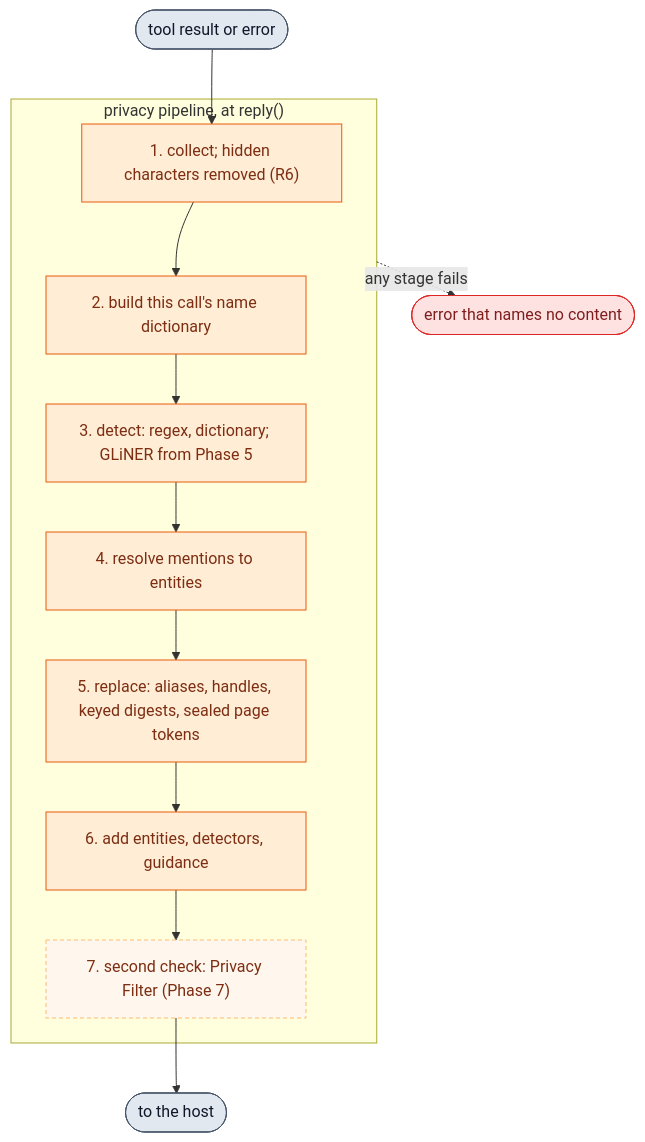
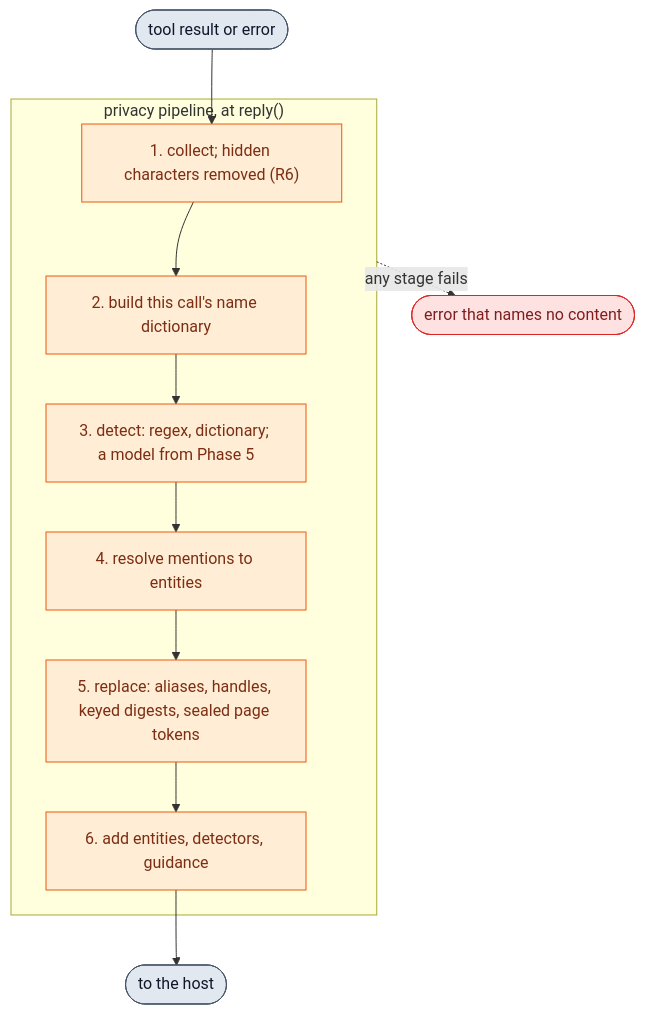
Before and after one commit to matt-w-horn/protonctl: the first of 3 diagrams in docs/rfc-0001/06-privacy.md, drawn with Mermaid. The commit also changed other lines of this file and 13 other files, not shown here.

First line of the commit message:
Choose Otter for names in free text; drop Privacy Filter; Phase 5 first

````diff
--- a/docs/rfc-0001/06-privacy.md
+++ b/docs/rfc-0001/06-privacy.md
@@ -45,25 +45,22 @@
 ```mermaid
 flowchart TB
     T(["tool result or error"]) --> S1
     subgraph pipe["privacy pipeline, at reply()"]
         S1["1. collect; hidden characters removed (R6)"]
         S2["2. build this call's name dictionary"]
-        S3["3. detect: regex, dictionary; GLiNER from Phase 5"]
+        S3["3. detect: regex, dictionary; a model from Phase 5"]
         S4["4. resolve mentions to entities"]
         S5["5. replace: aliases, handles, keyed digests, sealed page tokens"]
         S6["6. add entities, detectors, guidance"]
-        S7["7. second check: Privacy Filter (Phase 7)"]
-        S1 --> S2 --> S3 --> S4 --> S5 --> S6 --> S7
+        S1 --> S2 --> S3 --> S4 --> S5 --> S6
     end
-    S7 --> OUT(["to the host"])
+    S6 --> OUT(["to the host"])
     pipe -.->|"any stage fails"| ERR(["error that names no content"])
 
     classDef stage fill:#FFEDD5,stroke:#EA580C,color:#7C2D12
-    classDef later fill:#FFF7ED,stroke:#FDBA74,color:#7C2D12,stroke-dasharray:4 3
     classDef io fill:#E2E8F0,stroke:#475569,color:#0F172A
     classDef bad fill:#FEE2E2,stroke:#DC2626,color:#7F1D1D
     class S1,S2,S3,S4,S5,S6 stage
-    class S7 later
     class T,OUT io
     class ERR bad
 ```
````
